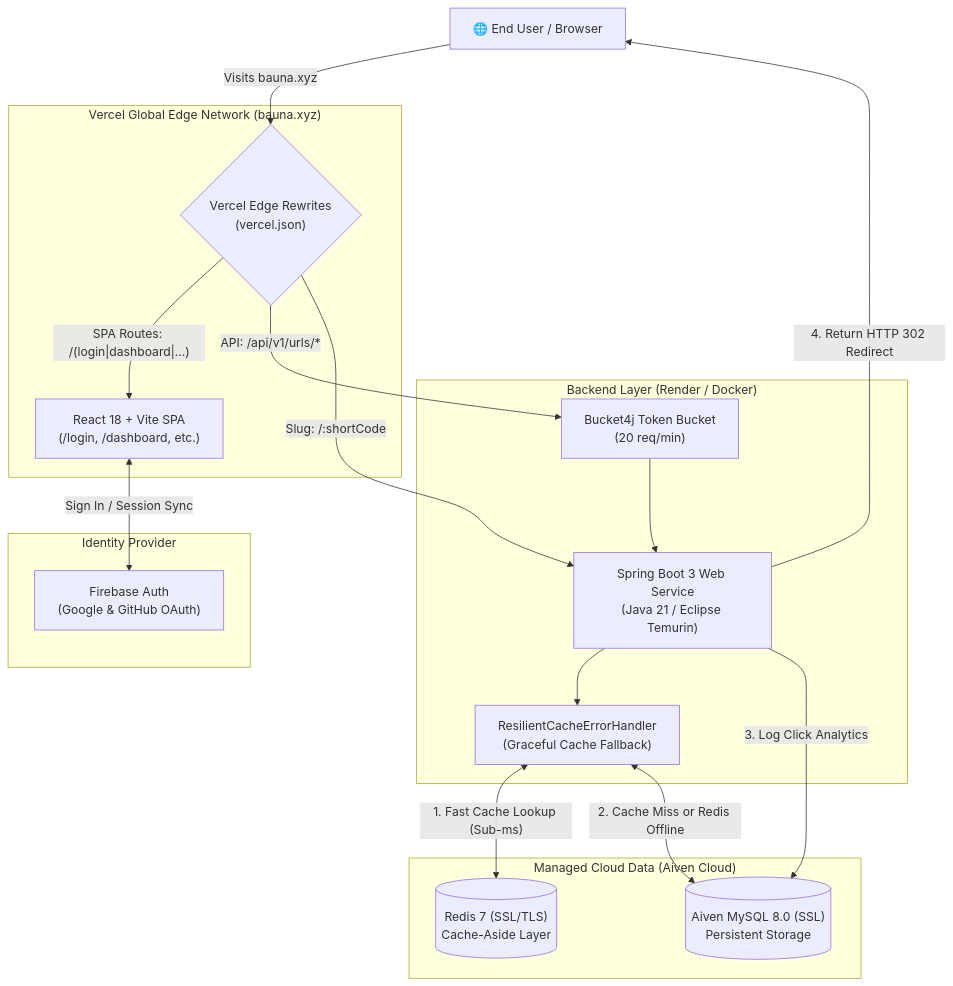
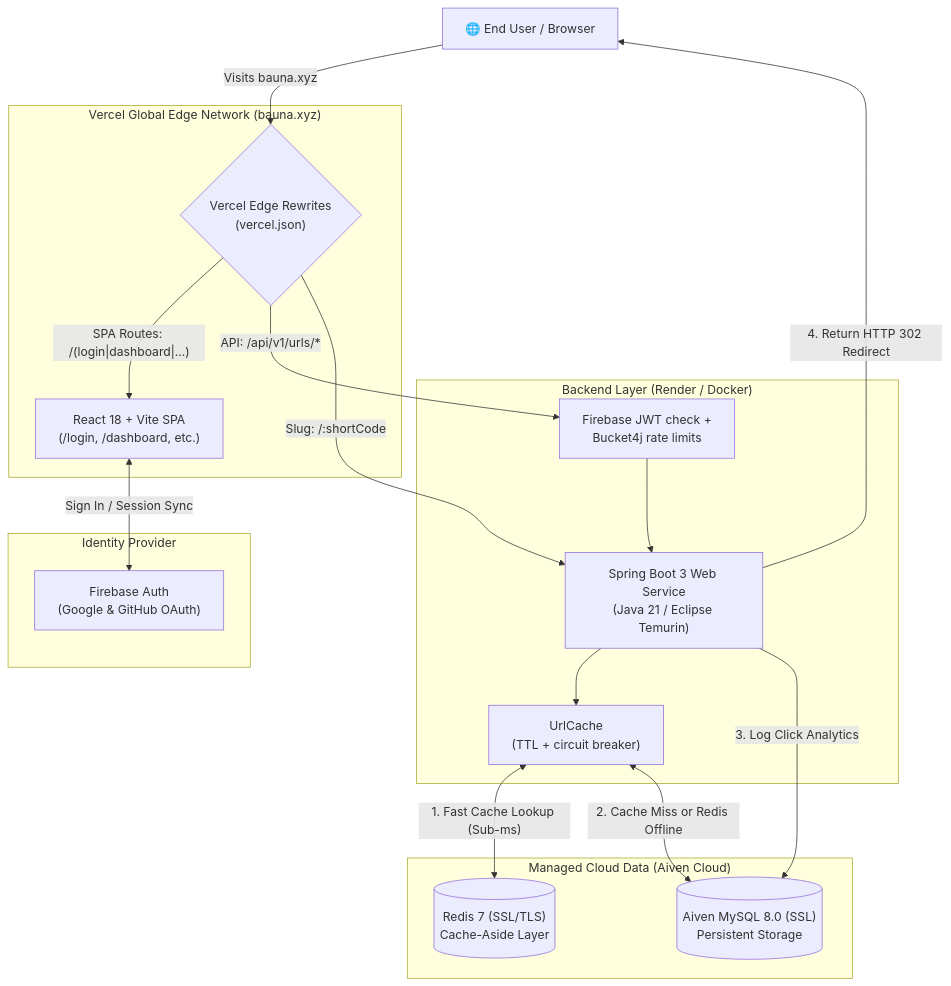
One commit to rishabhgjr10/Snaplink changed the diagram in README.md. Above: the diagram before and after it, drawn with Mermaid. The commit also changed other lines of this file and 123 other files, not shown here.

````diff
--- a/README.md
+++ b/README.md
@@ -59,37 +59,37 @@
 ```mermaid
 flowchart TD
     User["🌐 End User / Browser"]
     
     subgraph Edge["Vercel Global Edge Network (bauna.xyz)"]
         EdgeRouter{"Vercel Edge Rewrites\n(vercel.json)"}
         ReactSPA["React 18 + Vite SPA\n(/login, /dashboard, etc.)"]
     end
 
     subgraph Auth["Identity Provider"]
         FirebaseAuth["Firebase Auth\n(Google & GitHub OAuth)"]
     end
 
     subgraph Backend["Backend Layer (Render / Docker)"]
         SpringApp["Spring Boot 3 Web Service\n(Java 21 / Eclipse Temurin)"]
-        RateLimiter["Bucket4j Token Bucket\n(20 req/min)"]
-        ErrorHandler["ResilientCacheErrorHandler\n(Graceful Cache Fallback)"]
+        RateLimiter["Firebase JWT check +\nBucket4j rate limits"]
+        ErrorHandler["UrlCache\n(TTL + circuit breaker)"]
     end
 
     subgraph Storage["Managed Cloud Data (Aiven Cloud)"]
         RedisCache[("Redis 7 (SSL/TLS)\nCache-Aside Layer")]
         AivenMySQL[("Aiven MySQL 8.0 (SSL)\nPersistent Storage")]
     end
 
     User -->|"Visits bauna.xyz"| EdgeRouter
     EdgeRouter -->|"SPA Routes: /(login|dashboard|...)"| ReactSPA
     ReactSPA <-->|"Sign In / Session Sync"| FirebaseAuth
     
     EdgeRouter -->|"API: /api/v1/urls/*"| RateLimiter --> SpringApp
     EdgeRouter -->|"Slug: /:shortCode"| SpringApp
 
     SpringApp --> ErrorHandler
     ErrorHandler <-->|"1. Fast Cache Lookup (Sub-ms)"| RedisCache
     ErrorHandler <-->|"2. Cache Miss or Redis Offline"| AivenMySQL
     SpringApp -->|"3. Log Click Analytics"| AivenMySQL
     SpringApp -->|"4. Return HTTP 302 Redirect"| User
 ```
````
